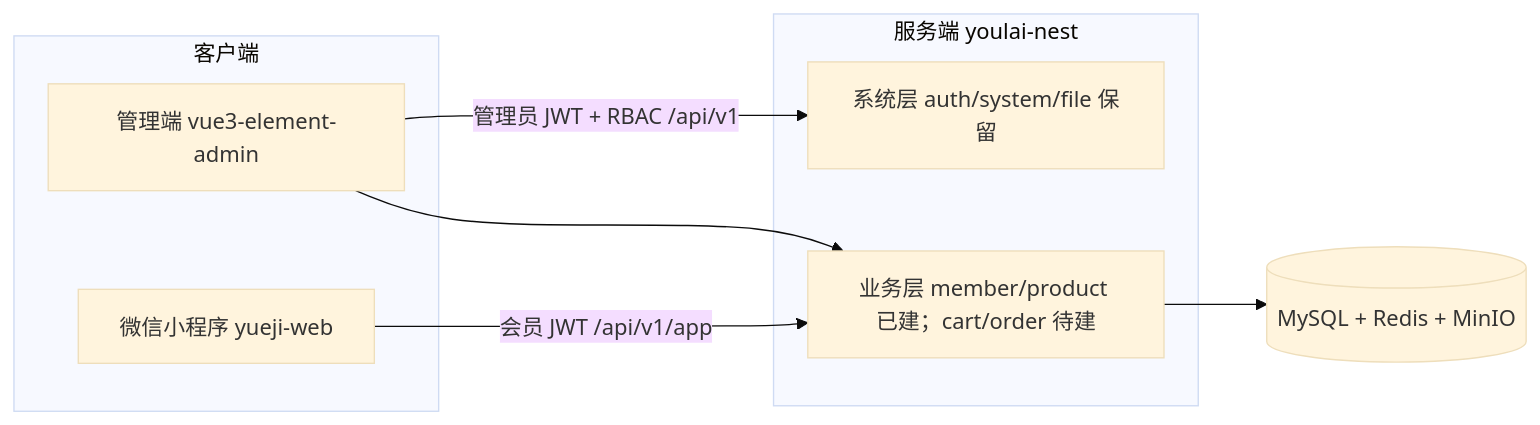
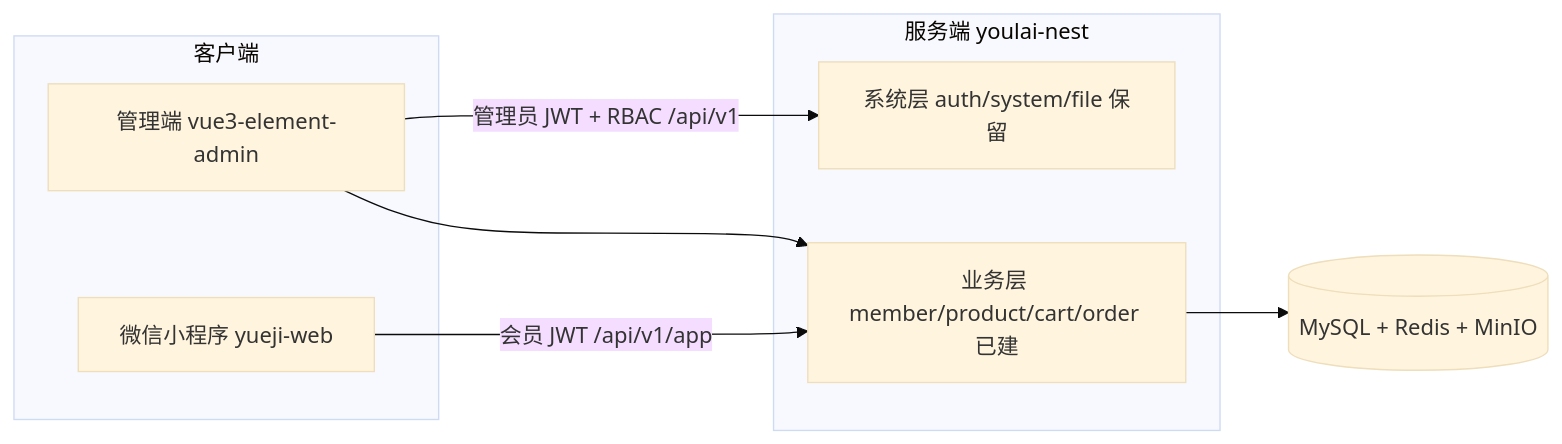
One commit to fffffloride/yueji-backend changed the diagram in docs/改造计划.md. Above: the diagram before and after it, drawn with Mermaid (base theme). The commit also changed other lines of this file and 29 other files, not shown here.

````diff
--- a/docs/改造计划.md
+++ b/docs/改造计划.md
@@ -38,15 +38,15 @@
 ```mermaid
 flowchart LR
     subgraph client [客户端]
         MiniApp[微信小程序 yueji-web]
         AdminWeb[管理端 vue3-element-admin]
     end
     subgraph server [服务端 youlai-nest]
         SysLayer[系统层 auth/system/file 保留]
-        BizLayer[业务层 member/product 已建；cart/order 待建]
+        BizLayer[业务层 member/product/cart/order 已建]
     end
     MiniApp -->|会员 JWT /api/v1/app| BizLayer
     AdminWeb -->|管理员 JWT + RBAC /api/v1| SysLayer
     AdminWeb --> BizLayer
     BizLayer --> DB[(MySQL + Redis + MinIO)]
 ```
````
